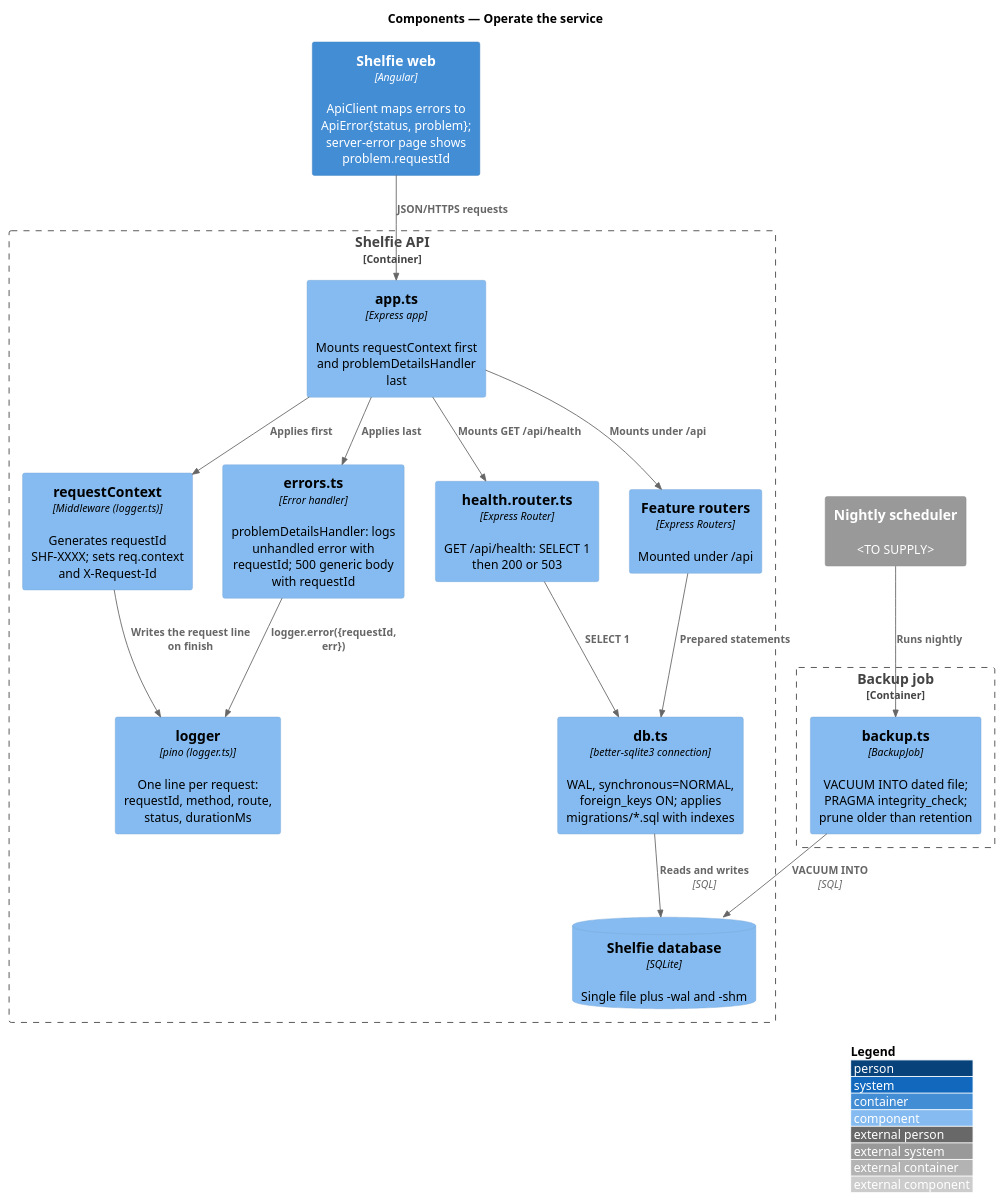
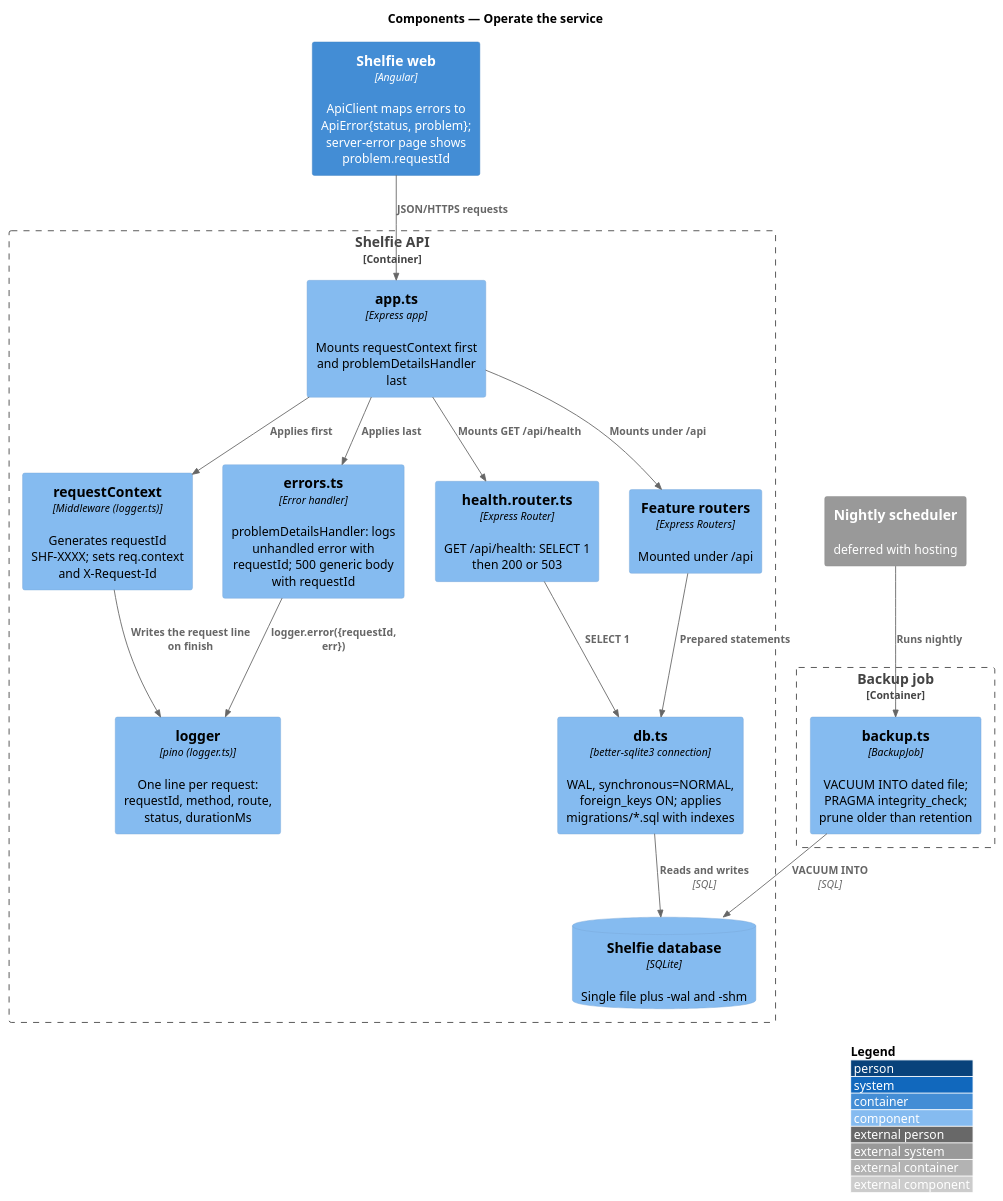
One commit to QuinntyneBrown/shelfie changed the diagram in docs/detailed-designs/platform/operate-service/diagrams/c4-component.puml. Above: the diagram before and after it, drawn with PlantUML. The commit also changed 27 other files, not shown here.

```diff
--- a/docs/detailed-designs/platform/operate-service/diagrams/c4-component.puml
+++ b/docs/detailed-designs/platform/operate-service/diagrams/c4-component.puml
@@ -1,33 +1,33 @@
 @startuml
 !include <C4/C4_Component>
 LAYOUT_WITH_LEGEND()
 title Components — Operate the service
 
 Container(web, "Shelfie web", "Angular", "ApiClient maps errors to ApiError{status, problem}; server-error page shows problem.requestId")
-System_Ext(scheduler, "Nightly scheduler", "<TO SUPPLY>")
+System_Ext(scheduler, "Nightly scheduler", "deferred with hosting")
 Container_Boundary(api, "Shelfie API") {
   Component(context, "requestContext", "Middleware (logger.ts)", "Generates requestId SHF-XXXX; sets req.context and X-Request-Id")
   Component(logger, "logger", "pino (logger.ts)", "One line per request: requestId, method, route, status, durationMs")
   Component(app, "app.ts", "Express app", "Mounts requestContext first and problemDetailsHandler last")
   Component(health, "health.router.ts", "Express Router", "GET /api/health: SELECT 1 then 200 or 503")
   Component(routers, "Feature routers", "Express Routers", "Mounted under /api")
   Component(errors, "errors.ts", "Error handler", "problemDetailsHandler: logs unhandled error with requestId; 500 generic body with requestId")
   Component(dbmod, "db.ts", "better-sqlite3 connection", "WAL, synchronous=NORMAL, foreign_keys ON; applies migrations/*.sql with indexes")
   ComponentDb(db, "Shelfie database", "SQLite", "Single file plus -wal and -shm")
 }
 Container_Boundary(job, "Backup job") {
   Component(backup, "backup.ts", "BackupJob", "VACUUM INTO dated file; PRAGMA integrity_check; prune older than retention")
 }
 Rel(web, app, "JSON/HTTPS requests")
 Rel(app, context, "Applies first")
 Rel(context, logger, "Writes the request line on finish")
 Rel(app, health, "Mounts GET /api/health")
 Rel(app, routers, "Mounts under /api")
 Rel(app, errors, "Applies last")
 Rel(errors, logger, "logger.error({requestId, err})")
 Rel(health, dbmod, "SELECT 1")
 Rel(routers, dbmod, "Prepared statements")
 Rel(dbmod, db, "Reads and writes", "SQL")
 Rel(scheduler, backup, "Runs nightly")
 Rel(backup, db, "VACUUM INTO", "SQL")
 @enduml
```
